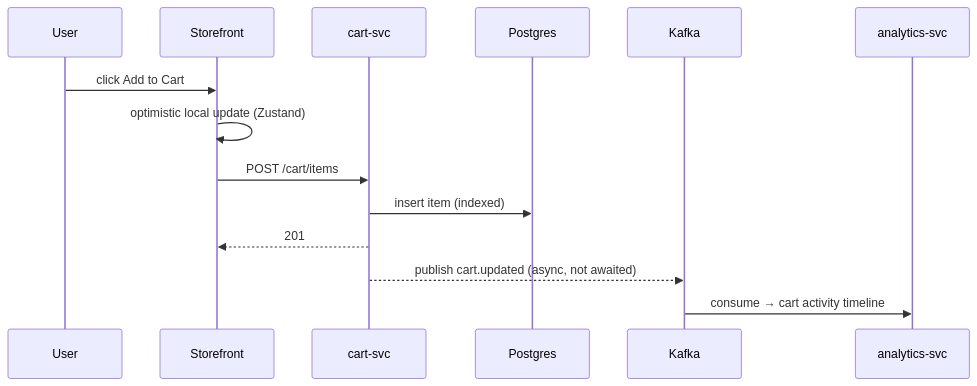
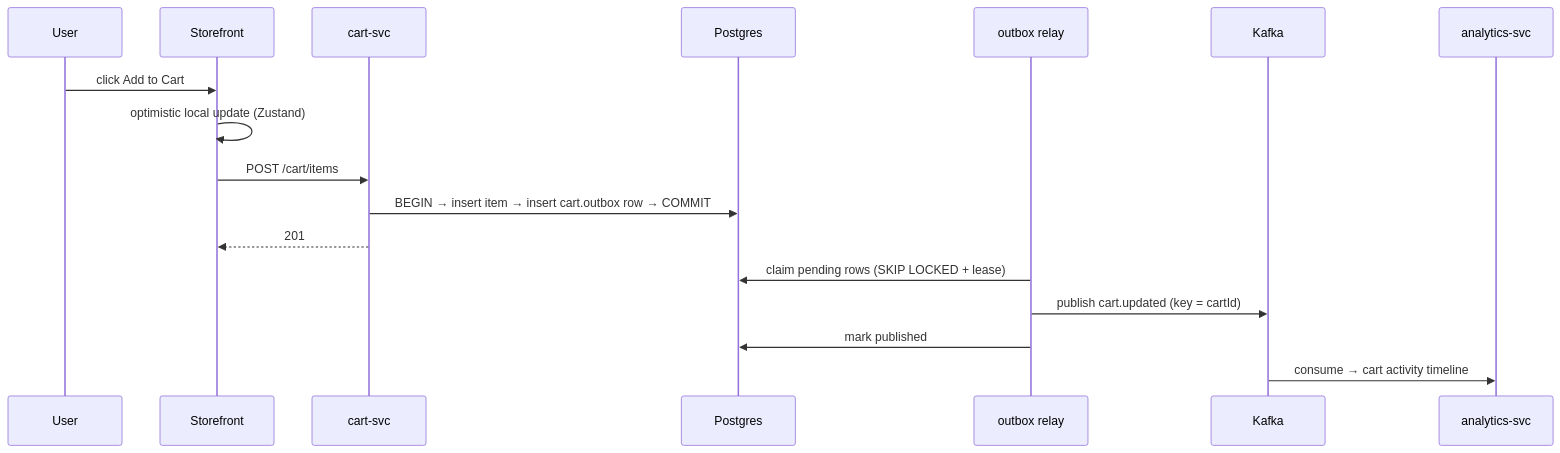
The fourth of 6 diagrams in 4.API-Design.md (E-Commerce-BDA/Documentation), drawn with Mermaid before and after one commit. The commit also changed other lines of this file and 11 other files, not shown here.

First line of the commit message:
docs: record the outbox wave (architecture, schema, API, testing, versioning)

````diff
--- a/4.API-Design.md
+++ b/4.API-Design.md
@@ -765,17 +765,20 @@
 ```mermaid
 sequenceDiagram
     participant U as User
     participant SF as Storefront
     participant CR as cart-svc
     participant DB as Postgres
+    participant RL as outbox relay
     participant K as Kafka
     participant AN as analytics-svc
 
     U->>SF: click Add to Cart
     SF->>SF: optimistic local update (Zustand)
     SF->>CR: POST /cart/items
-    CR->>DB: insert item (indexed)
+    CR->>DB: BEGIN → insert item → insert cart.outbox row → COMMIT
     CR-->>SF: 201
-    CR-->>K: publish cart.updated (async, not awaited)
+    RL->>DB: claim pending rows (SKIP LOCKED + lease)
+    RL->>K: publish cart.updated (key = cartId)
+    RL->>DB: mark published
     K->>AN: consume → cart activity timeline
 ```
````
